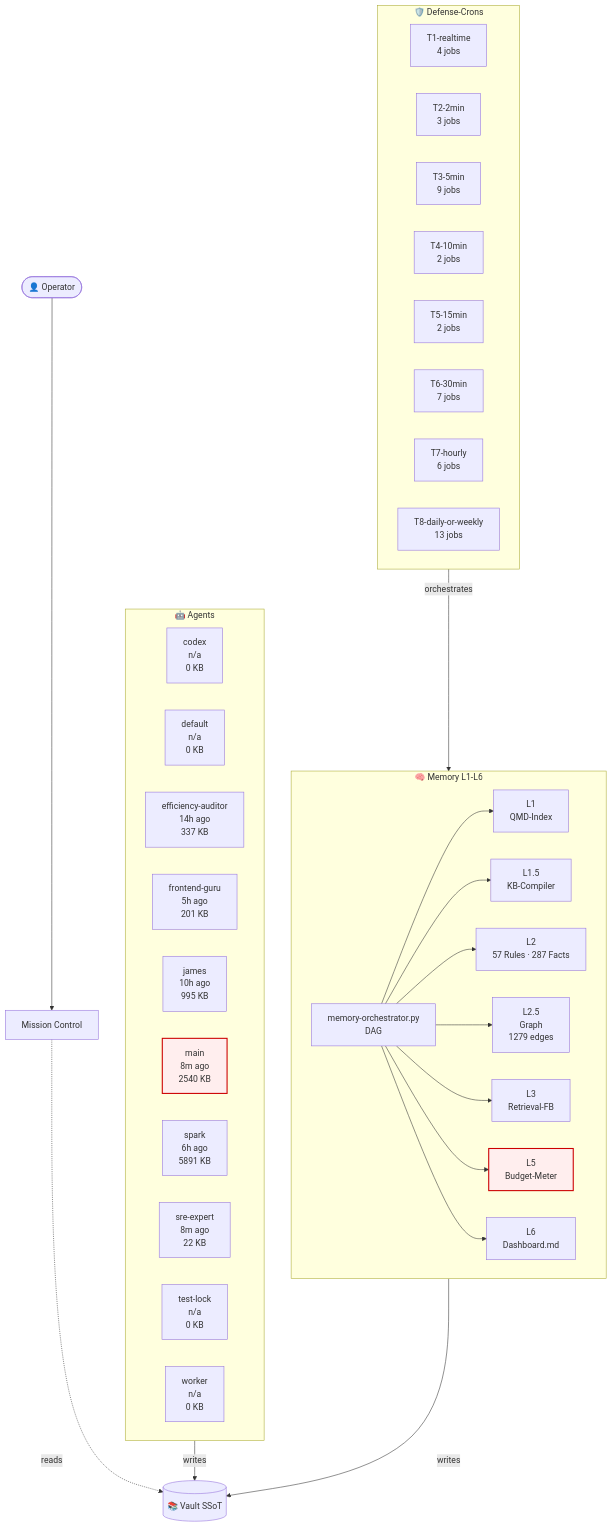
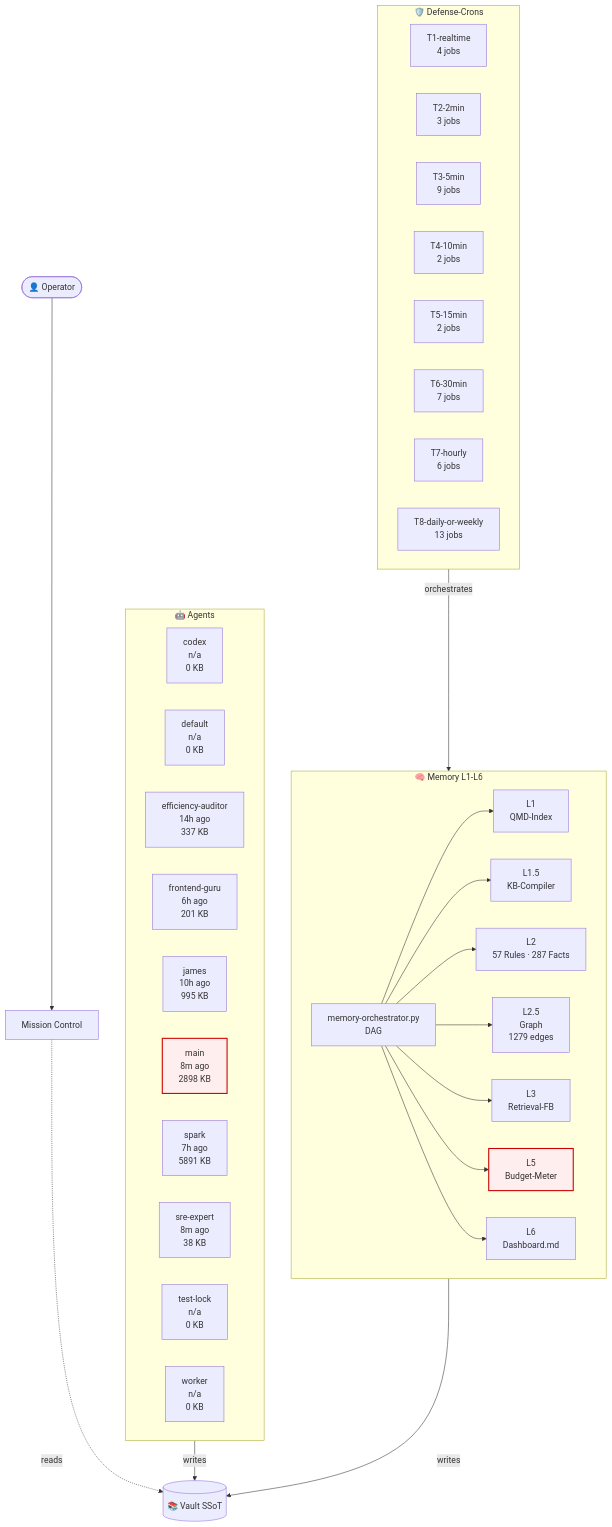
One commit to lenardhuebner88-rgb/openclaw-memory changed the diagram in 03-Agents/architecture-live.md. Above: the diagram before and after it, drawn with Mermaid. The commit also changed other lines of this file and 13 other files, not shown here.

````diff
--- a/03-Agents/architecture-live.md
+++ b/03-Agents/architecture-live.md
@@ -18,53 +18,53 @@
 ```mermaid
 flowchart TB
     classDef critical fill:#fee,stroke:#c00,stroke-width:2px;
     subgraph AGT["🤖 Agents"]
         agent_codex["codex<br/>n/a<br/>0 KB"]
         agent_default["default<br/>n/a<br/>0 KB"]
         agent_efficiency_auditor["efficiency-auditor<br/>14h ago<br/>337 KB"]
-        agent_frontend_guru["frontend-guru<br/>5h ago<br/>201 KB"]
+        agent_frontend_guru["frontend-guru<br/>6h ago<br/>201 KB"]
         agent_james["james<br/>10h ago<br/>995 KB"]
-        agent_main["main<br/>8m ago<br/>2540 KB"]
-        agent_spark["spark<br/>6h ago<br/>5891 KB"]
-        agent_sre_expert["sre-expert<br/>8m ago<br/>22 KB"]
+        agent_main["main<br/>8m ago<br/>2898 KB"]
+        agent_spark["spark<br/>7h ago<br/>5891 KB"]
+        agent_sre_expert["sre-expert<br/>8m ago<br/>38 KB"]
         agent_test_lock["test-lock<br/>n/a<br/>0 KB"]
         agent_worker["worker<br/>n/a<br/>0 KB"]
     end
     subgraph MEM["🧠 Memory L1-L6"]
         L1["L1<br/>QMD-Index"]
         L15["L1.5<br/>KB-Compiler"]
         L2["L2<br/>57 Rules · 287 Facts"]
         L25["L2.5<br/>Graph<br/>1279 edges"]
         L3["L3<br/>Retrieval-FB"]
         L5["L5<br/>Budget-Meter"]
         L6["L6<br/>Dashboard.md"]
         ORCH["memory-orchestrator.py<br/>DAG"]
     end
     subgraph CRN["🛡️ Defense-Crons"]
         tier_T1_realtime["T1-realtime<br/>4 jobs"]
         tier_T2_2min["T2-2min<br/>3 jobs"]
         tier_T3_5min["T3-5min<br/>9 jobs"]
         tier_T4_10min["T4-10min<br/>2 jobs"]
         tier_T5_15min["T5-15min<br/>2 jobs"]
         tier_T6_30min["T6-30min<br/>7 jobs"]
         tier_T7_hourly["T7-hourly<br/>6 jobs"]
         tier_T8_daily_or_weekly["T8-daily-or-weekly<br/>13 jobs"]
     end
     VAULT[("📚 Vault SSoT")]
     OP([👤 Operator])
     MC["Mission Control"]
     OP --> MC
     MC -.reads.-> VAULT
     AGT -->|writes| VAULT
     MEM -->|writes| VAULT
     ORCH --> L1
     ORCH --> L15
     ORCH --> L2
     ORCH --> L25
     ORCH --> L3
     ORCH --> L5
     ORCH --> L6
     CRN -->|orchestrates| MEM
     class L5 critical
     class agent_main critical
 ```
````
